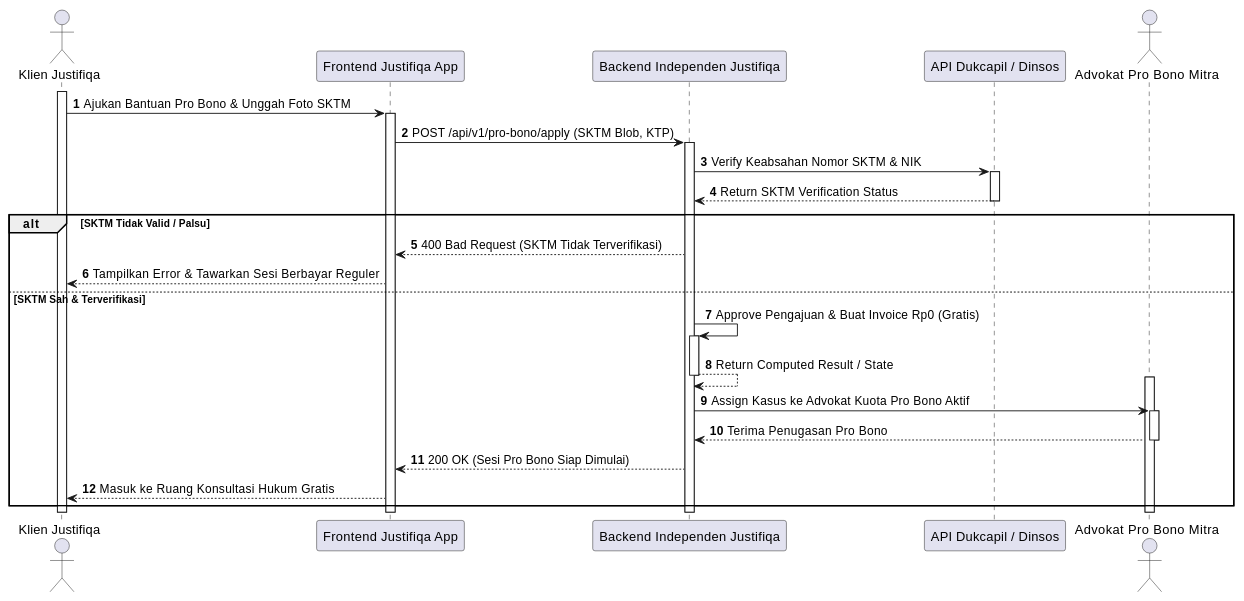
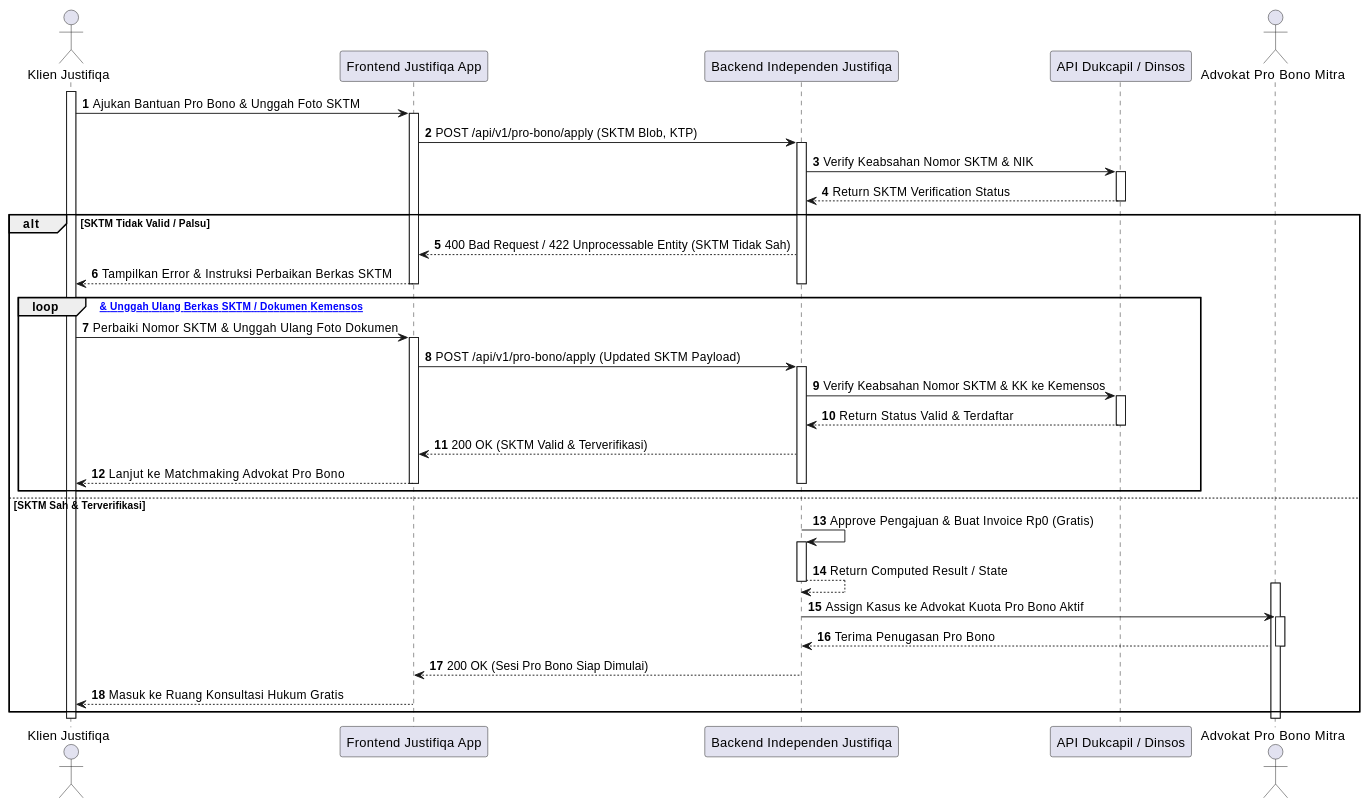
Before and after one commit to tupperwureism/SuperApp-Gagal: the seventh of 27 diagrams in MarkDown/plantuml_sequence_diagrams.md, drawn with PlantUML. The commit also changed other lines of this file, not shown here.

Commit message:
fix(uml): ensure 100% loop and alt enclosure parity across all 11 sequence diagrams

````diff
--- a/MarkDown/plantuml_sequence_diagrams.md
+++ b/MarkDown/plantuml_sequence_diagrams.md
@@ -392,33 +418,46 @@
 ```plantuml
 @startuml
 autonumber
 actor "Klien Justifiqa" as Klien
 participant "Frontend Justifiqa App" as FE
 participant "Backend Independen Justifiqa" as BE
 participant "API Dukcapil / Dinsos" as Ext
 actor "Advokat Pro Bono Mitra" as Mitra
 
 activate Klien
 Klien -> FE ++ : Ajukan Bantuan Pro Bono & Unggah Foto SKTM
 FE -> BE ++ : POST /api/v1/pro-bono/apply (SKTM Blob, KTP)
 BE -> Ext ++ : Verify Keabsahan Nomor SKTM & NIK
 Ext --> BE -- : Return SKTM Verification Status
 
 alt SKTM Tidak Valid / Palsu
-    BE --> FE : 400 Bad Request (SKTM Tidak Terverifikasi)
-    FE --> Klien : Tampilkan Error & Tawarkan Sesi Berbayar Reguler
+    BE --> FE : 400 Bad Request / 422 Unprocessable Entity (SKTM Tidak Sah)
+    FE --> Klien : Tampilkan Error & Instruksi Perbaikan Berkas SKTM
+    deactivate BE
+    deactivate FE
+    
+    loop [Revisi & Unggah Ulang Berkas SKTM / Dokumen Kemensos]
+        Klien -> FE ++ : Perbaiki Nomor SKTM & Unggah Ulang Foto Dokumen
+        FE -> BE ++ : POST /api/v1/pro-bono/apply (Updated SKTM Payload)
+        BE -> Ext ++ : Verify Keabsahan Nomor SKTM & KK ke Kemensos
+        Ext --> BE -- : Return Status Valid & Terdaftar
+        BE --> FE : 200 OK (SKTM Valid & Terverifikasi)
+        FE --> Klien : Lanjut ke Matchmaking Advokat Pro Bono
+        deactivate BE
+        deactivate FE
+    end
 else SKTM Sah & Terverifikasi
     BE -> BE ++ : Approve Pengajuan & Buat Invoice Rp0 (Gratis)
     BE --> BE -- : Return Computed Result / State
 activate Mitra
     BE -> Mitra ++ : Assign Kasus ke Advokat Kuota Pro Bono Aktif
     Mitra --> BE -- : Terima Penugasan Pro Bono
     BE --> FE : 200 OK (Sesi Pro Bono Siap Dimulai)
     FE --> Klien : Masuk ke Ruang Konsultasi Hukum Gratis
 end
 deactivate BE
 deactivate FE
 deactivate Klien
 deactivate Mitra
 @enduml
 ```
````
